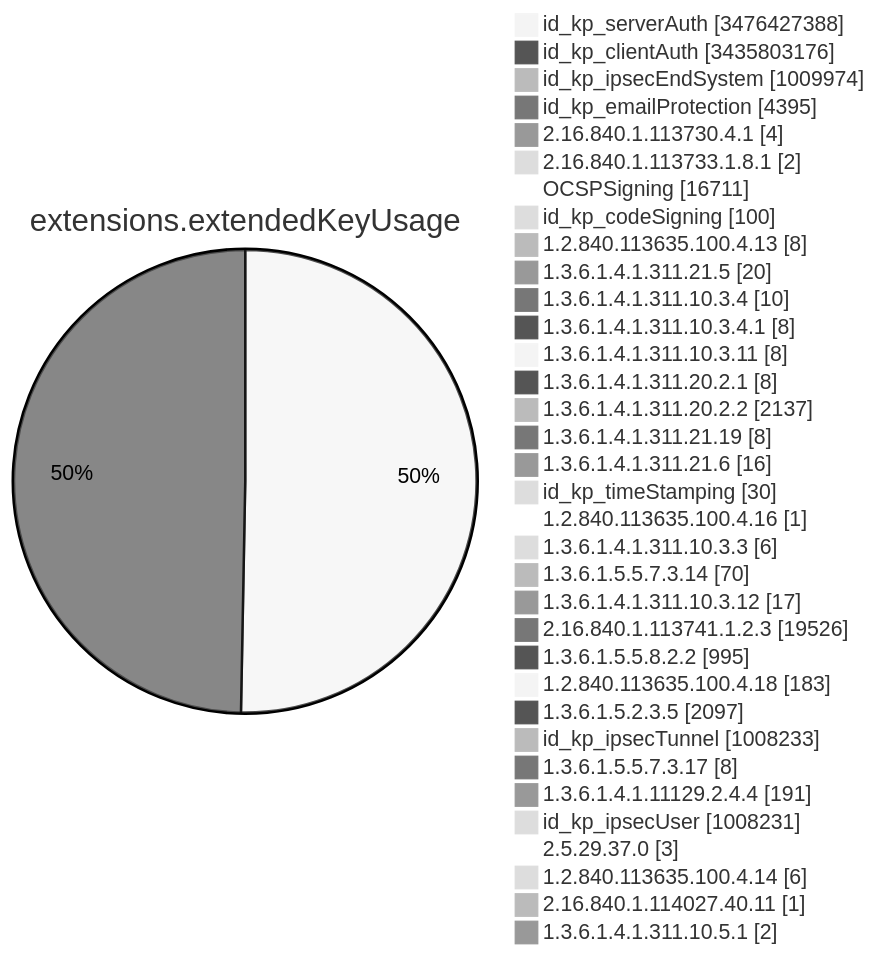
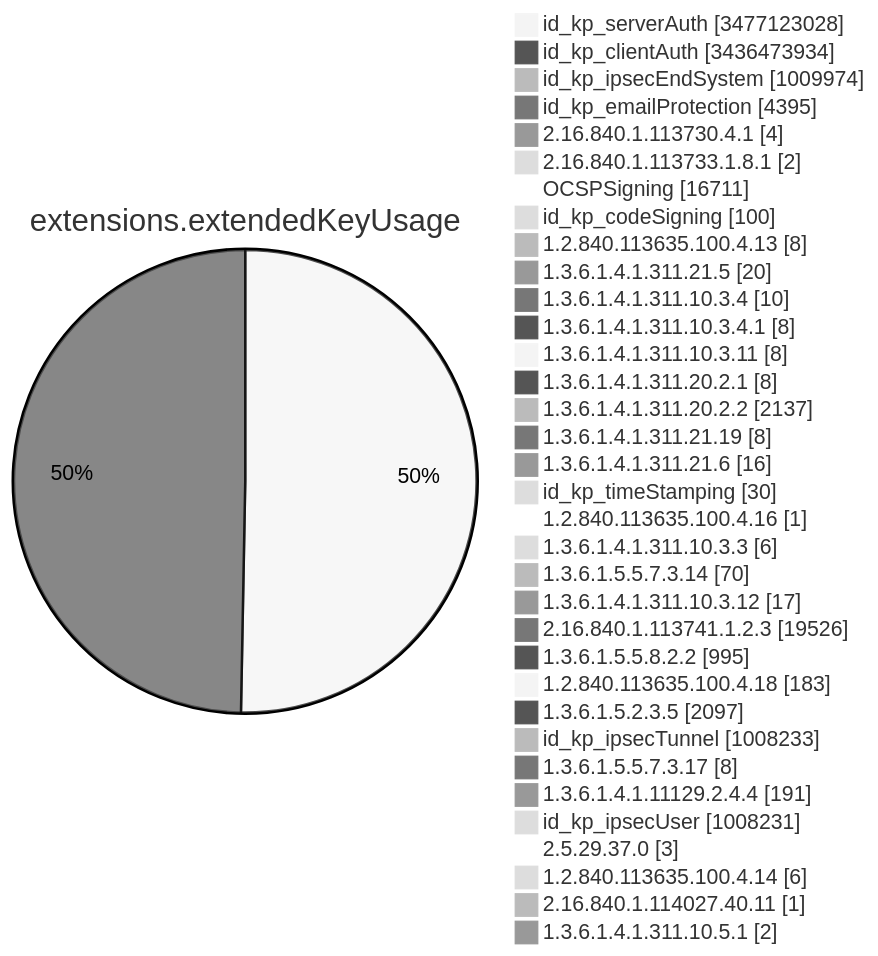
Before and after one commit to christiankrug/ctmonitor_visualization: diagram 11 of 15 in TOTAL/README.md, drawn with Mermaid (neutral theme). The commit also changed other lines of this file, not shown here.

````diff
--- a/TOTAL/README.md
+++ b/TOTAL/README.md
@@ -4123,38 +4123,38 @@
 ```mermaid
 pie showData
 title extensions.extendedKeyUsage
-"id_kp_serverAuth" :3476427388
-"id_kp_clientAuth" :3435803176
+"id_kp_serverAuth" :3477123028
+"id_kp_clientAuth" :3436473934
 "id_kp_ipsecEndSystem" :1009974
 "id_kp_emailProtection" :4395
 "2.16.840.1.113730.4.1" :4
 "2.16.840.1.113733.1.8.1" :2
 "OCSPSigning" :16711
 "id_kp_codeSigning" :100
 "1.2.840.113635.100.4.13" :8
 "1.3.6.1.4.1.311.21.5" :20
 "1.3.6.1.4.1.311.10.3.4" :10
 "1.3.6.1.4.1.311.10.3.4.1" :8
 "1.3.6.1.4.1.311.10.3.11" :8
 "1.3.6.1.4.1.311.20.2.1" :8
 "1.3.6.1.4.1.311.20.2.2" :2137
 "1.3.6.1.4.1.311.21.19" :8
 "1.3.6.1.4.1.311.21.6" :16
 "id_kp_timeStamping" :30
 "1.2.840.113635.100.4.16" :1
 "1.3.6.1.4.1.311.10.3.3" :6
 "1.3.6.1.5.5.7.3.14" :70
 "1.3.6.1.4.1.311.10.3.12" :17
 "2.16.840.1.113741.1.2.3" :19526
 "1.3.6.1.5.5.8.2.2" :995
 "1.2.840.113635.100.4.18" :183
 "1.3.6.1.5.2.3.5" :2097
 "id_kp_ipsecTunnel" :1008233
 "1.3.6.1.5.5.7.3.17" :8
 "1.3.6.1.4.1.11129.2.4.4" :191
 "id_kp_ipsecUser" :1008231
 "2.5.29.37.0" :3
 "1.2.840.113635.100.4.14" :6
 "2.16.840.1.114027.40.11" :1
 "1.3.6.1.4.1.311.10.5.1" :2
 ```
````
